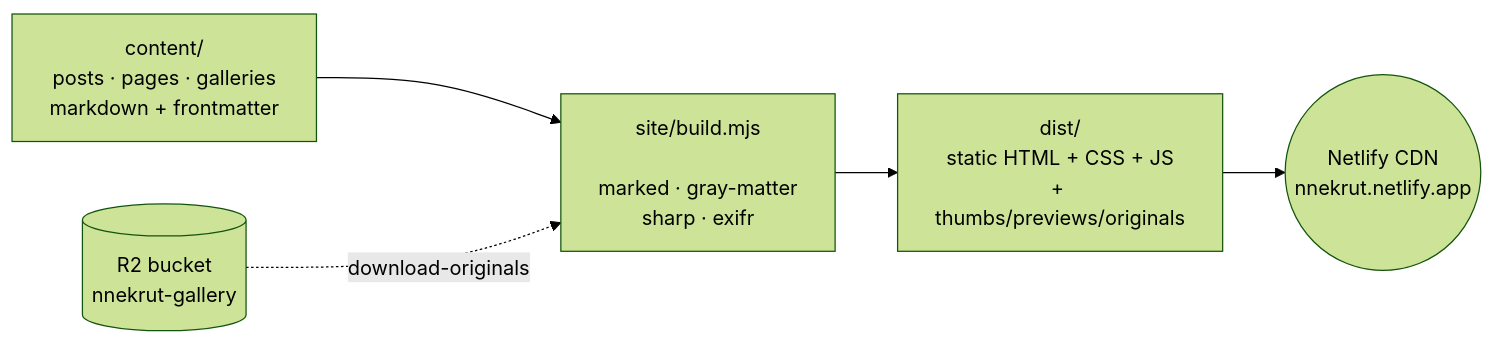
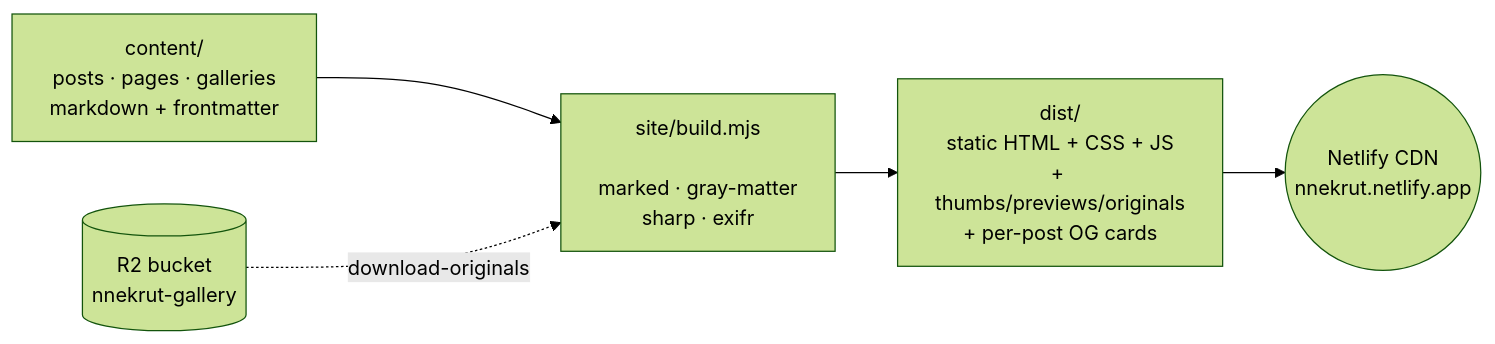
Before and after one commit to nekrutnikolai/mysite: the first of 4 diagrams in README.md, drawn with Mermaid (forest theme). The commit also changed other lines of this file and 1 other file, not shown here.

First line of the commit message:
docs: refresh README + CLAUDE.md after recent architecture changes

````diff
--- a/README.md
+++ b/README.md
@@ -23,13 +20,13 @@
 ```mermaid
 flowchart LR
     MD[content/<br/>posts &middot; pages &middot; galleries<br/>markdown + frontmatter]
     R2[(R2 bucket<br/>nnekrut-gallery)]
     BUILD[site/build.mjs<br/><br/>marked &middot; gray-matter<br/>sharp &middot; exifr]
-    DIST[dist/<br/>static HTML + CSS + JS<br/>+ thumbs/previews/originals]
+    DIST[dist/<br/>static HTML + CSS + JS<br/>+ thumbs/previews/originals<br/>+ per-post OG cards]
     NETLIFY((Netlify CDN<br/>nnekrut.netlify.app))
 
     MD --> BUILD
     R2 -.download-originals.-> BUILD
     BUILD --> DIST
     DIST --> NETLIFY
 ```
````
